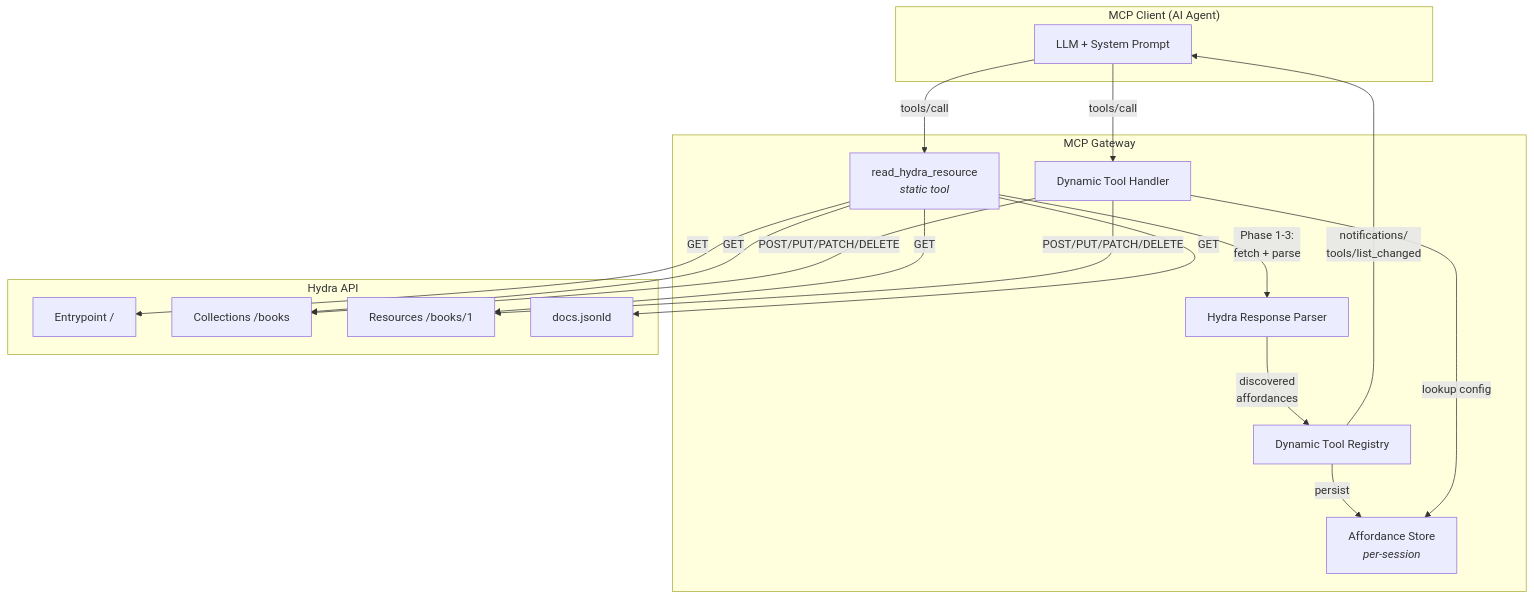
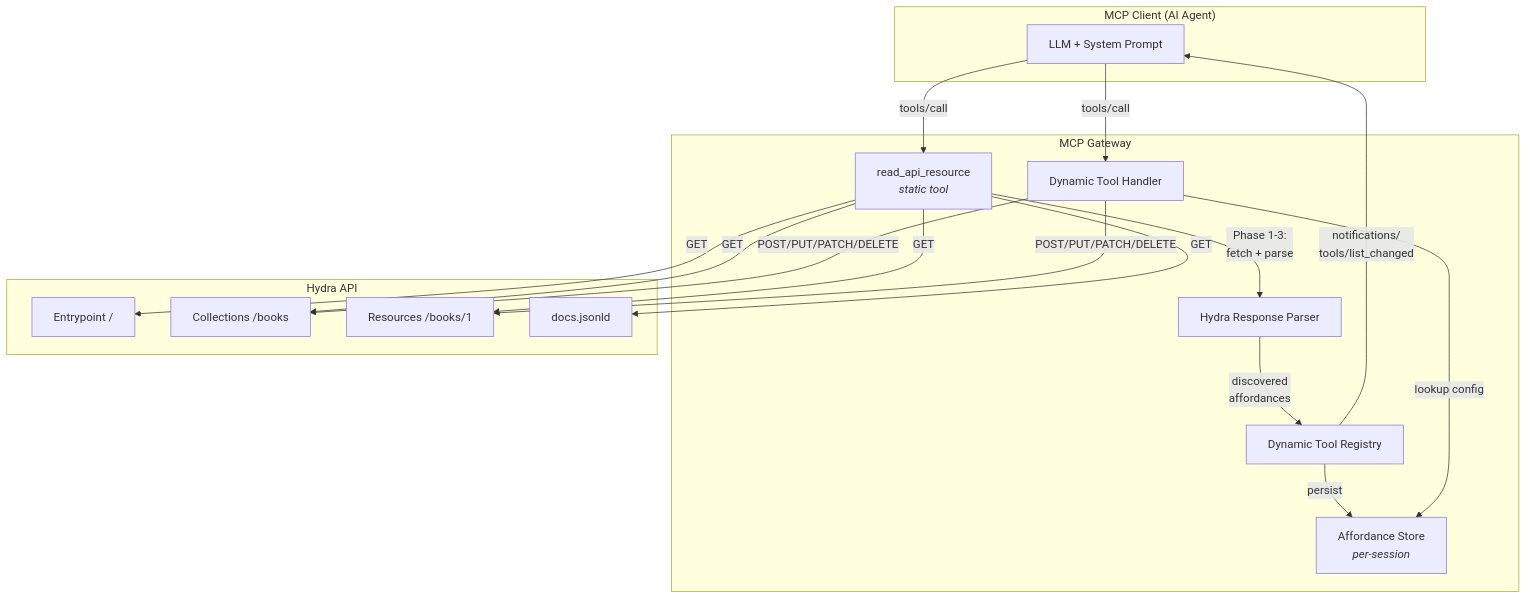
Before and after one commit to coopTilleuls/hydra-mcp-bridge: the diagram in paper/diagram-components.mmd, drawn with Mermaid. The commit also changed 11 other files, not shown here.

```diff
--- a/paper/diagram-components.mmd
+++ b/paper/diagram-components.mmd
@@ -1,34 +1,34 @@
 graph TD
     subgraph "MCP Client (AI Agent)"
         A[LLM + System Prompt]
     end
 
     subgraph "MCP Gateway"
-        B[read_hydra_resource<br/><i>static tool</i>]
+        B[read_api_resource<br/><i>static tool</i>]
         C[Dynamic Tool Registry]
         D[Hydra Response Parser]
         E[Affordance Store<br/><i>per-session</i>]
         F[Dynamic Tool Handler]
 
         B -->|"Phase 1-3:<br/>fetch + parse"| D
         D -->|"discovered<br/>affordances"| C
         C -->|"persist"| E
         F -->|"lookup config"| E
     end
 
     subgraph "Hydra API"
         G[Entrypoint /]
         H[Collections /books]
         I[Resources /books/1]
         J[docs.jsonld]
     end
 
     A -->|"tools/call"| B
     A -->|"tools/call"| F
     B -->|"GET"| G
     B -->|"GET"| H
     B -->|"GET"| I
     B -->|"GET"| J
     F -->|"POST/PUT/PATCH/DELETE"| H
     F -->|"POST/PUT/PATCH/DELETE"| I
     C -->|"notifications/<br/>tools/list_changed"| A
```
